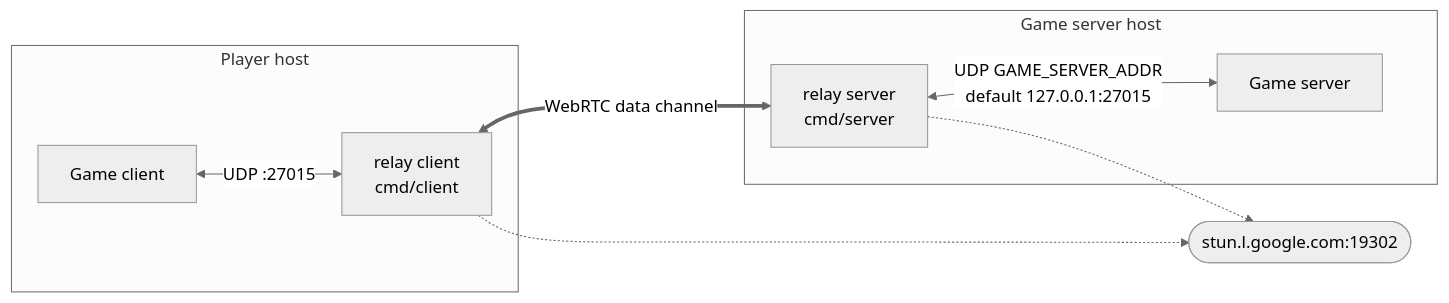
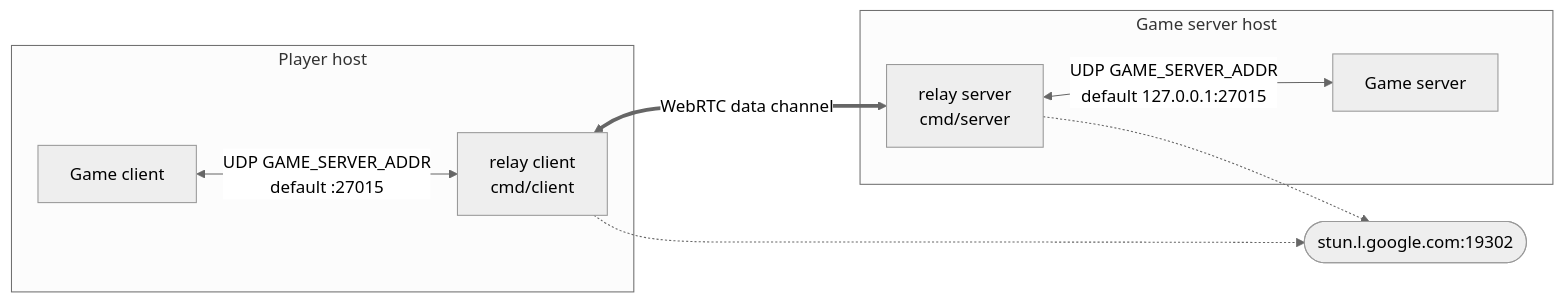
One commit to alex-aparin/retrolan changed the diagram in README.md. Above: the diagram before and after it, drawn with Mermaid (neutral theme). The commit also changed other lines of this file and 6 other files, not shown here.

Commit message:
mock game server was added for more easy testing

````diff
--- a/README.md
+++ b/README.md
@@ -9,21 +9,21 @@
 ```mermaid
 flowchart LR
     subgraph PlayerHost["Player host"]
         Game["Game client"]
         Client["relay client<br/>cmd/client"]
     end
 
     subgraph GameHost["Game server host"]
         Server["relay server<br/>cmd/server"]
         GameSrv["Game server"]
     end
 
     STUN(["stun.l.google.com:19302"])
 
-    Game <-->|"UDP :27015"| Client
+    Game <-->|"UDP GAME_SERVER_ADDR<br/>default :27015"| Client
     Client <==>|"WebRTC data channel"| Server
     Server <-->|"UDP GAME_SERVER_ADDR<br/>default 127.0.0.1:27015"| GameSrv
 
     Client -.-> STUN
     Server -.-> STUN
 ```
````
